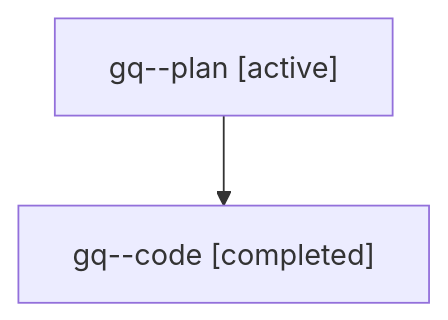
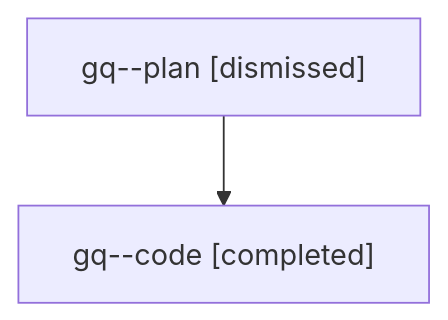
One commit to sase-org/sase--agents changed the diagram in sessions/bbugyi200.athena.gq.md. Above: the diagram before and after it, drawn with Mermaid. The commit also changed other lines of this file and 29 other files, not shown here.

````diff
--- a/sessions/bbugyi200.athena.gq.md
+++ b/sessions/bbugyi200.athena.gq.md
@@ -9,6 +9,6 @@
 ```mermaid
 flowchart TD
-  n0["gq--plan [active]"]
+  n0["gq--plan [dismissed]"]
   n1["gq--code [completed]"]
   n0 --> n1
 ```
````
